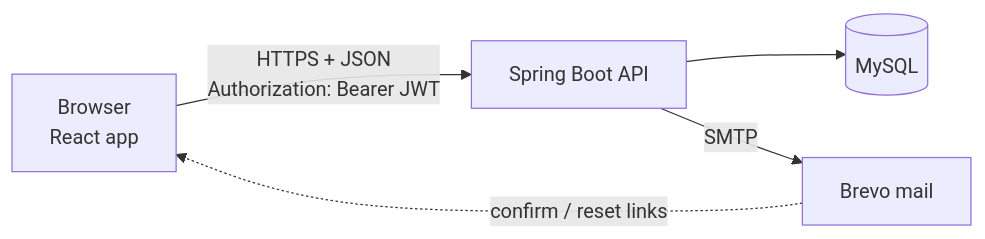
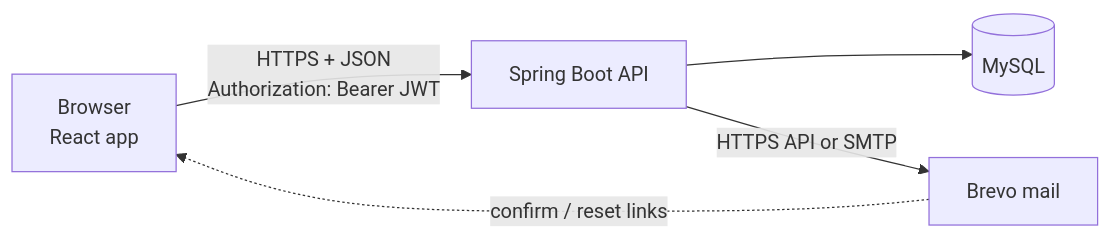
One commit to Adam-104/typequest changed the first of 3 diagrams in README.md. Above: the diagram before and after it, drawn with Mermaid. The commit also changed other lines of this file and 8 other files, not shown here.

Commit message:
fix: send email through Brevo HTTPS API, handle reset mail failures, add license and author

````diff
--- a/README.md
+++ b/README.md
@@ -92,7 +93,7 @@
 ```mermaid
 flowchart LR
     B[Browser<br/>React app] -- "HTTPS + JSON<br/>Authorization: Bearer JWT" --> A[Spring Boot API]
     A --> D[(MySQL)]
-    A -- SMTP --> M[Brevo mail]
+    A -- HTTPS API or SMTP --> M[Brevo mail]
     M -. "confirm / reset links" .-> B
 ```
````
